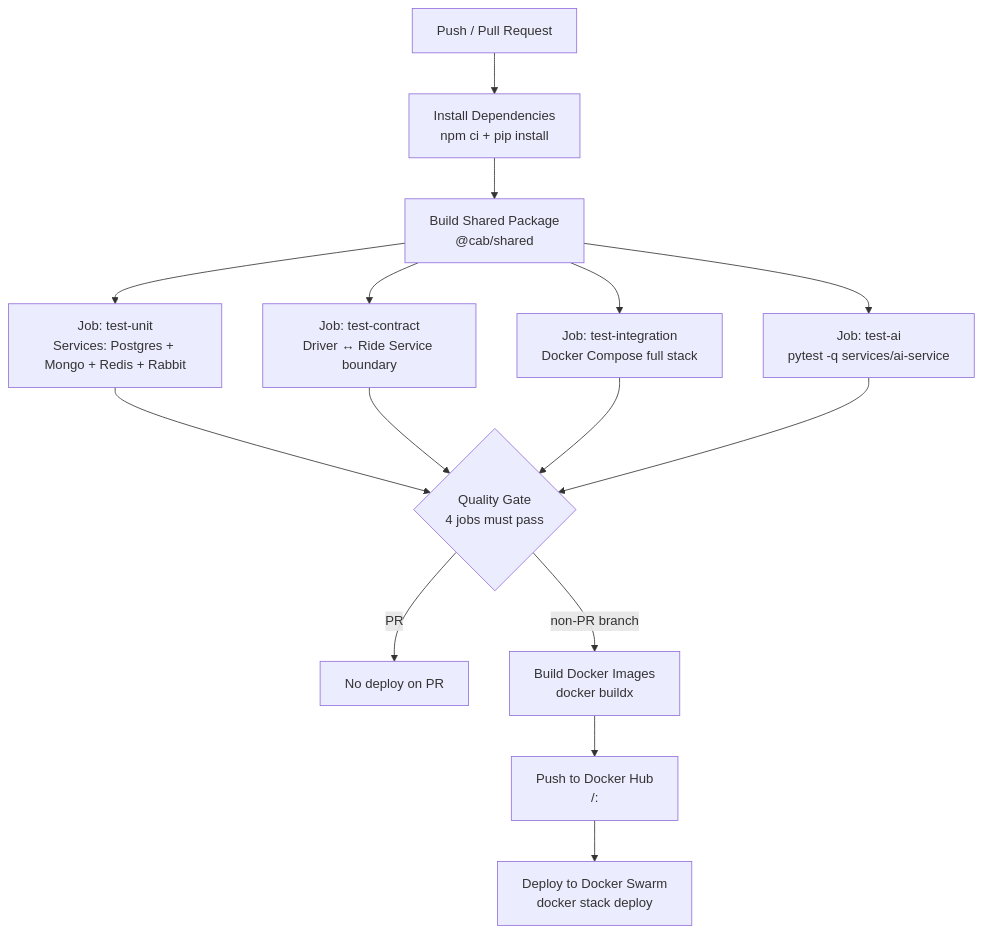
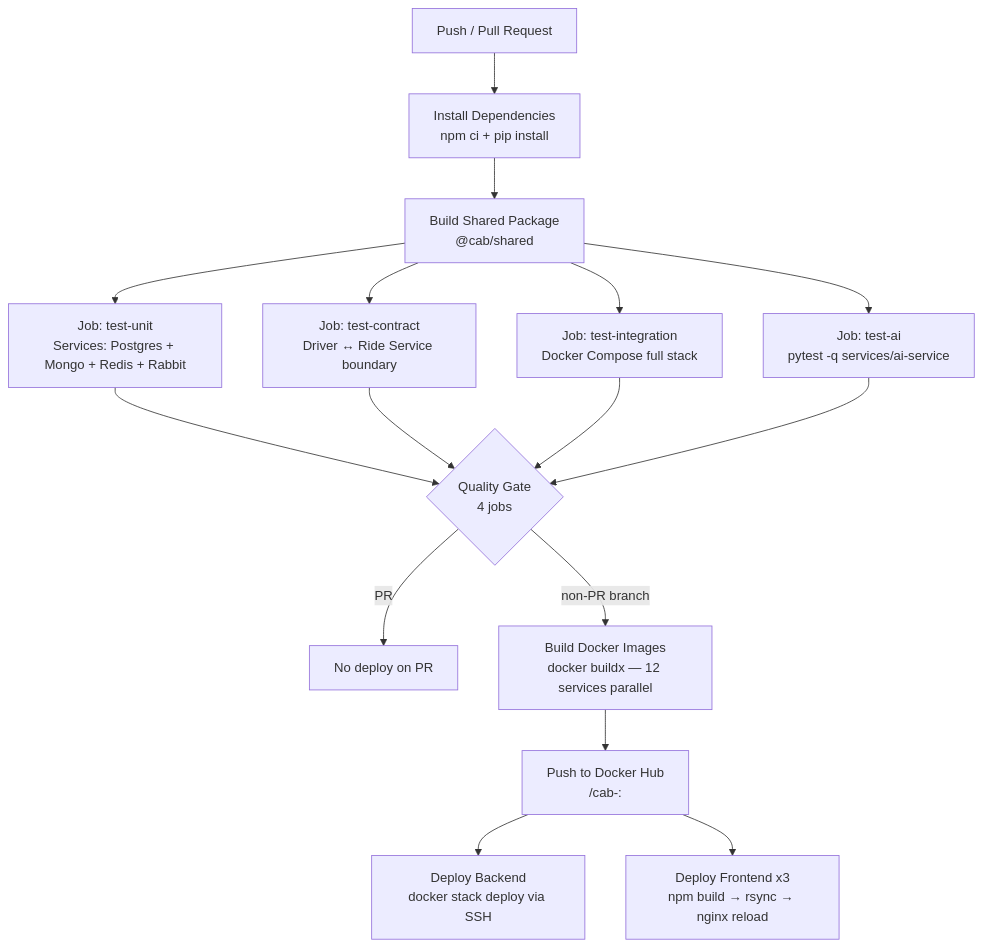
One commit to foxxiee04/Cab-Booking-System-Project changed diagram 16 of 16 in README.md. Above: the diagram before and after it, drawn with Mermaid. The commit also changed other lines of this file and 7 other files, not shown here.

````diff
--- a/README.md
+++ b/README.md
@@ -1092,17 +1399,18 @@
 ```mermaid
 flowchart TD
     Push[Push / Pull Request] --> Install[Install Dependencies\nnpm ci + pip install]
     Install --> Shared[Build Shared Package\n@cab/shared]
 
     Shared --> Unit[Job: test-unit\nServices: Postgres + Mongo + Redis + Rabbit]
     Shared --> Contract[Job: test-contract\nDriver ↔ Ride Service boundary]
     Shared --> Integration[Job: test-integration\nDocker Compose full stack]
     Shared --> AI[Job: test-ai\npytest -q services/ai-service]
 
-    Unit & Contract & Integration & AI --> Gate{Quality Gate\n4 jobs must pass}
+    Unit & Contract & Integration & AI --> Gate{Quality Gate\n4 jobs}
 
     Gate -->|PR| Stop[No deploy on PR]
-    Gate -->|non-PR branch| Build[Build Docker Images\ndocker buildx]
-    Build --> Push2[Push to Docker Hub\n<registry>/<service>:<sha>]
-    Push2 --> Deploy[Deploy to Docker Swarm\ndocker stack deploy]
+    Gate -->|non-PR branch| Build[Build Docker Images\ndocker buildx — 12 services parallel]
+    Build --> Push2[Push to Docker Hub\n<registry>/cab-<service>:<sha>]
+    Push2 --> DeployB[Deploy Backend\ndocker stack deploy via SSH]
+    Push2 --> DeployF[Deploy Frontend x3\nnpm build → rsync → nginx reload]
 ```
````
